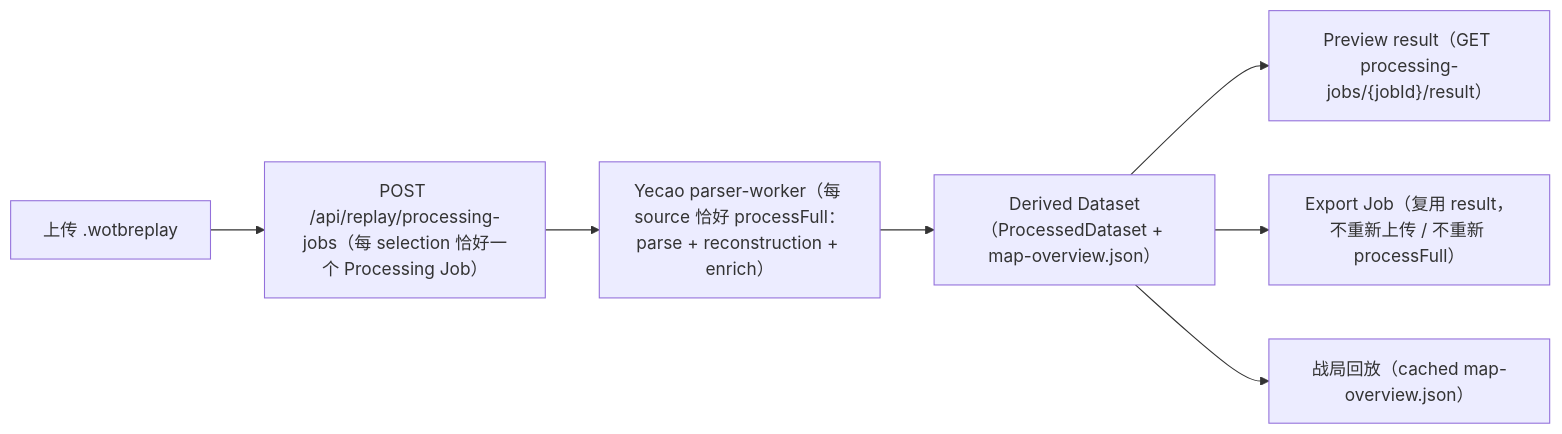
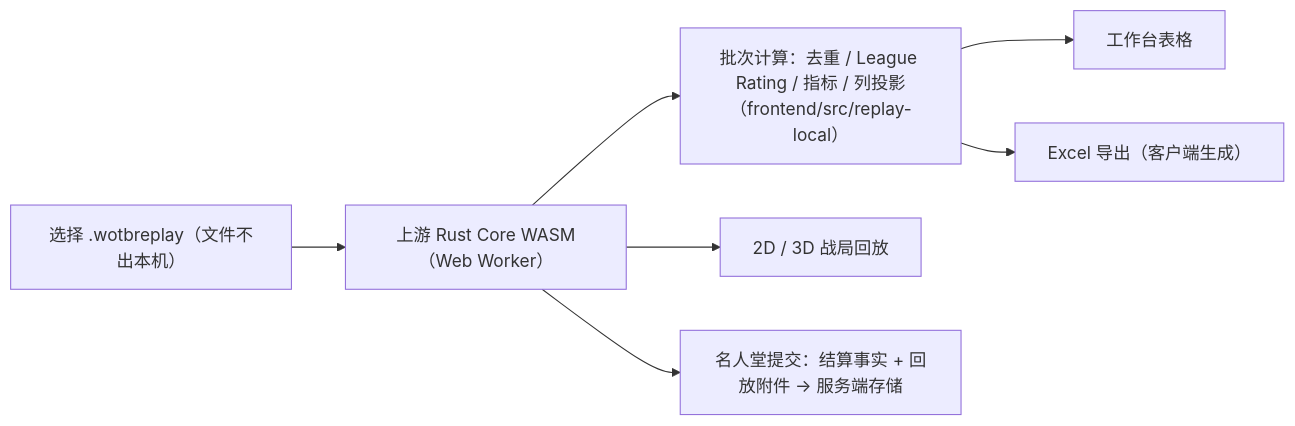
One commit to A158Coke/WotbTools changed the diagram in README.md. Above: the diagram before and after it, drawn with Mermaid. The commit also changed other lines of this file and 24 other files, not shown here.

````diff
--- a/README.md
+++ b/README.md
@@ -19,9 +19,9 @@
 ```mermaid
 flowchart LR
-    A["上传 .wotbreplay"] --> B["POST /api/replay/processing-jobs（每 selection 恰好一个 Processing Job）"]
-    B --> C["Yecao parser-worker（每 source 恰好 processFull：parse + reconstruction + enrich）"]
-    C --> D["Derived Dataset（ProcessedDataset + map-overview.json）"]
-    D --> E["Preview result（GET processing-jobs/{jobId}/result）"]
-    D --> F["Export Job（复用 result，不重新上传 / 不重新 processFull）"]
-    D --> H["战局回放（cached map-overview.json）"]
+    A["选择 .wotbreplay（文件不出本机）"] --> B["上游 Rust Core WASM（Web Worker）"]
+    B --> C["批次计算：去重 / League Rating / 指标 / 列投影（frontend/src/replay-local）"]
+    C --> E["工作台表格"]
+    C --> F["Excel 导出（客户端生成）"]
+    B --> H["2D / 3D 战局回放"]
+    B --> I["名人堂提交：结算事实 + 回放附件 → 服务端存储"]
 ```
````
